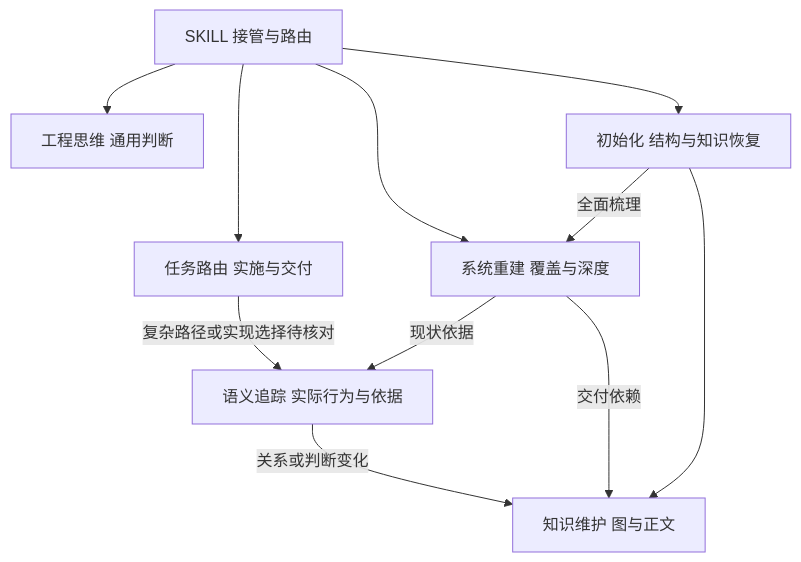
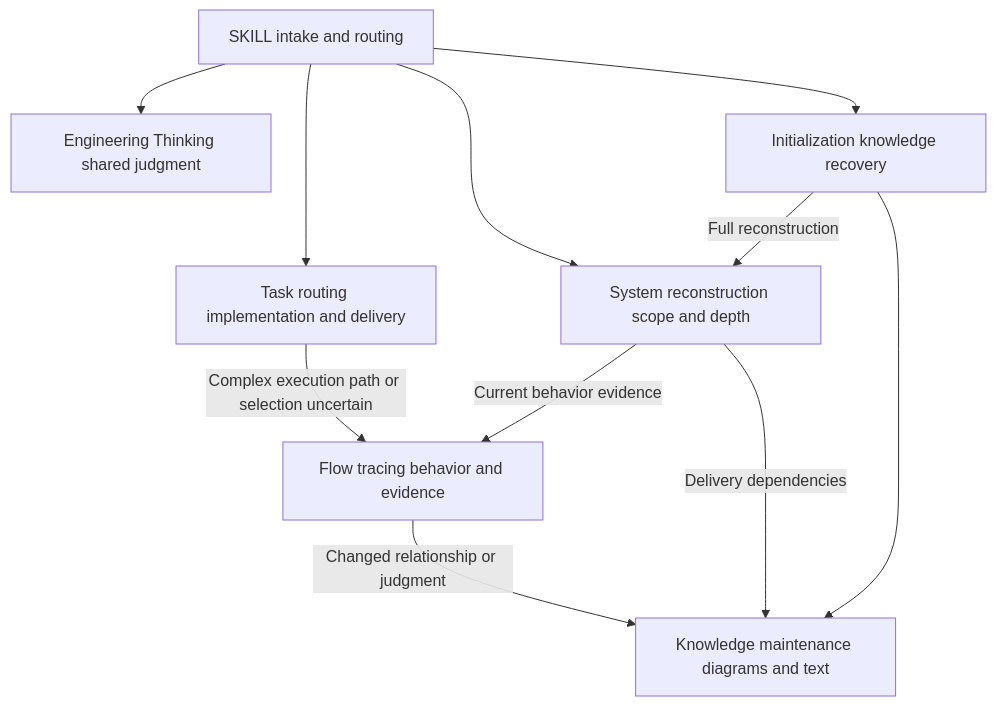
Before and after one commit to jiale-li-orion/arch-thinking-skill: the first of 3 diagrams in README.md, drawn with Mermaid. The commit also changed other lines of this file and 12 other files, not shown here.

Commit message:
Publish bilingual README and English engineering thinking

````diff
--- a/README.md
+++ b/README.md
@@ -92,13 +93,13 @@
 ```mermaid
 flowchart TB
-    SK[SKILL 接管与路由] --> TH[工程思维 通用判断]
-    SK --> RT[任务路由 实施与交付]
-    SK --> SR[系统重建 覆盖与深度]
-    SK --> IN[初始化 结构与知识恢复]
-    RT -->|复杂路径或实现选择待核对| TR[语义追踪 实际行为与依据]
-    SR -->|现状依据| TR
-    IN -->|全面梳理| SR
-    SR -->|交付依赖| KM[知识维护 图与正文]
-    TR -->|关系或判断变化| KM
+    SK[SKILL intake and routing] --> TH[Engineering Thinking shared judgment]
+    SK --> RT[Task routing implementation and delivery]
+    SK --> SR[System reconstruction scope and depth]
+    SK --> IN[Initialization knowledge recovery]
+    RT -->|Complex execution path or selection uncertain| TR[Flow tracing behavior and evidence]
+    SR -->|Current behavior evidence| TR
+    IN -->|Full reconstruction| SR
+    SR -->|Delivery dependencies| KM[Knowledge maintenance diagrams and text]
+    TR -->|Changed relationship or judgment| KM
     IN --> KM
 ```
````
